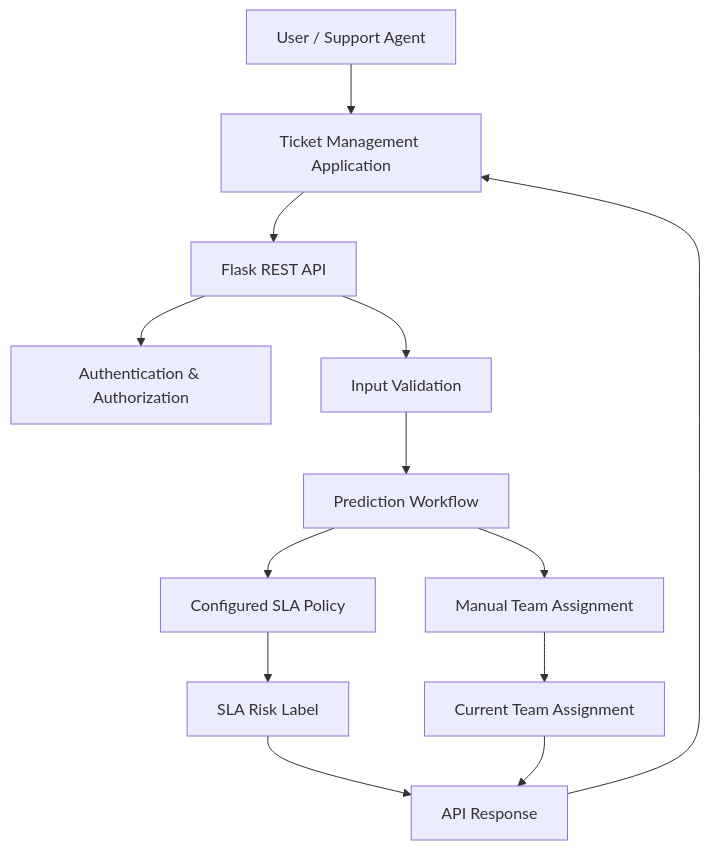
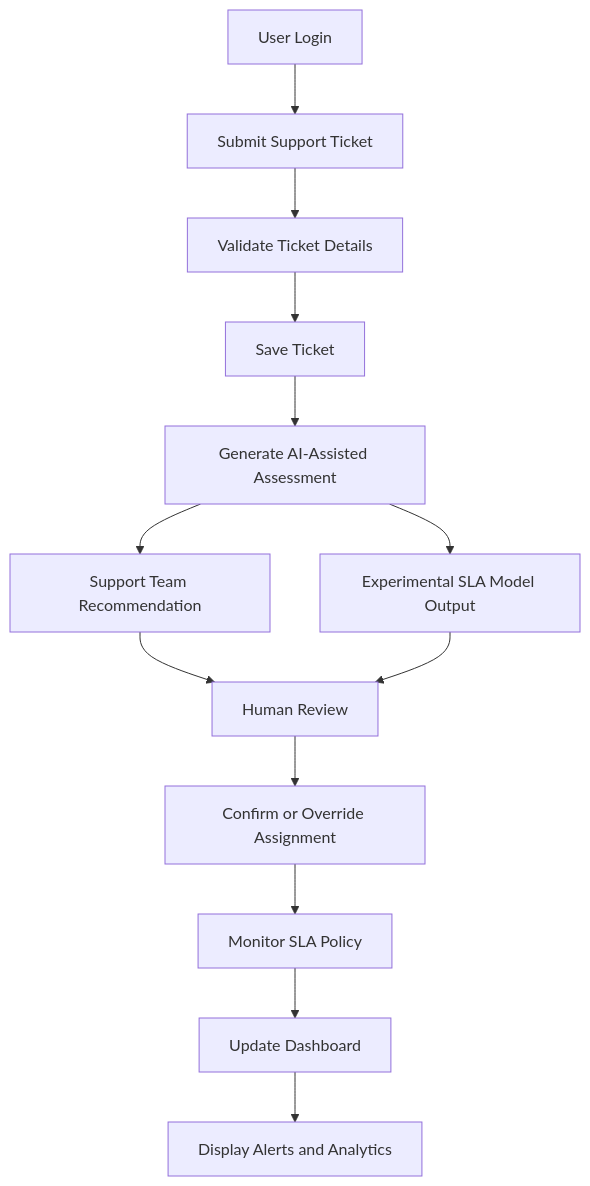
Before and after one commit to Ganeshbasani/AI-Powered-Ticket-Routing-System: the first of 2 diagrams in README.md, drawn with Mermaid. The commit also changed other lines of this file, not shown here.

````diff
--- a/README.md
+++ b/README.md
@@ -128,15 +307,15 @@
 ```mermaid
 flowchart TD
-    A[User / Support Agent] --> B[Ticket Management Application]
-    B --> C[Flask REST API]
-    C --> D[Authentication & Authorization]
-    C --> E[Input Validation]
-    E --> F[Prediction Workflow]
-    F --> G[Configured SLA Policy]
-    F --> H[Manual Team Assignment]
-    G --> I[SLA Risk Label]
-    H --> J[Current Team Assignment]
-    I --> K[API Response]
-    J --> K
-    K --> B
+    A["User Login"] --> B["Submit Support Ticket"]
+    B --> C["Validate Ticket Details"]
+    C --> D["Save Ticket"]
+    D --> E["Generate AI-Assisted Assessment"]
+    E --> F["Support Team Recommendation"]
+    E --> G["Experimental SLA Model Output"]
+    F --> H["Human Review"]
+    G --> H
+    H --> I["Confirm or Override Assignment"]
+    I --> J["Monitor SLA Policy"]
+    J --> K["Update Dashboard"]
+    K --> L["Display Alerts and Analytics"]
 ```
````
